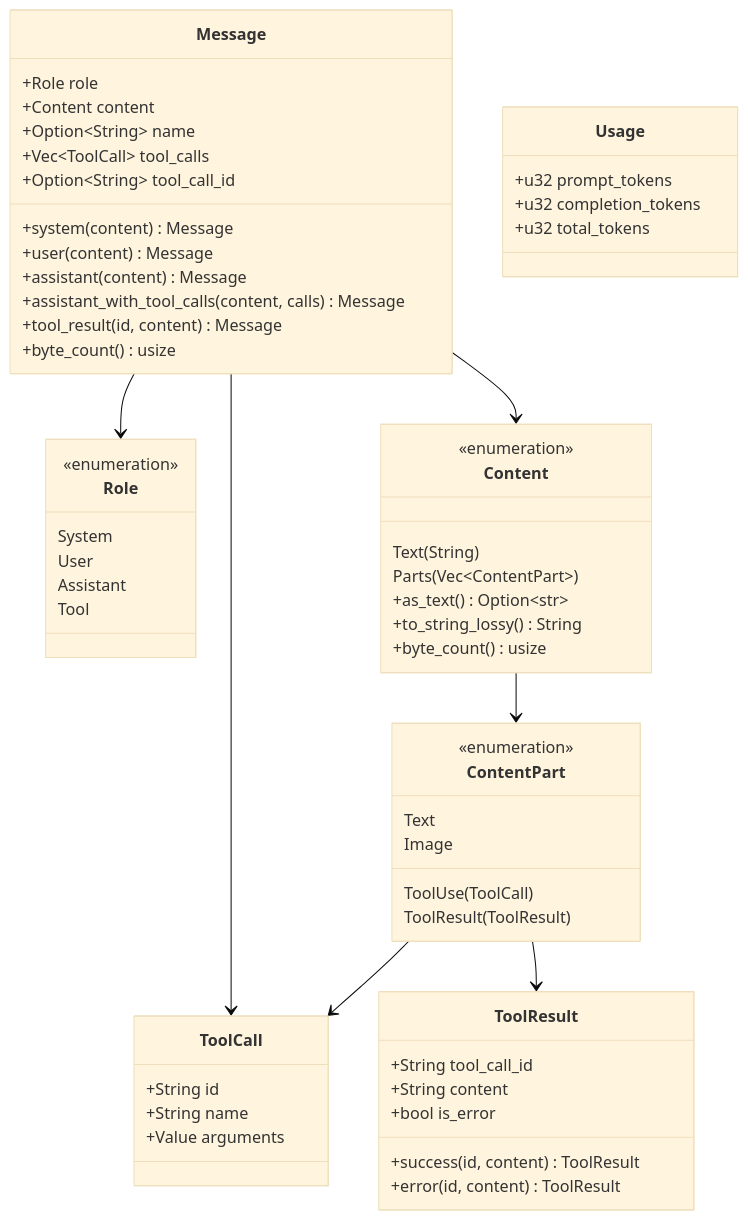
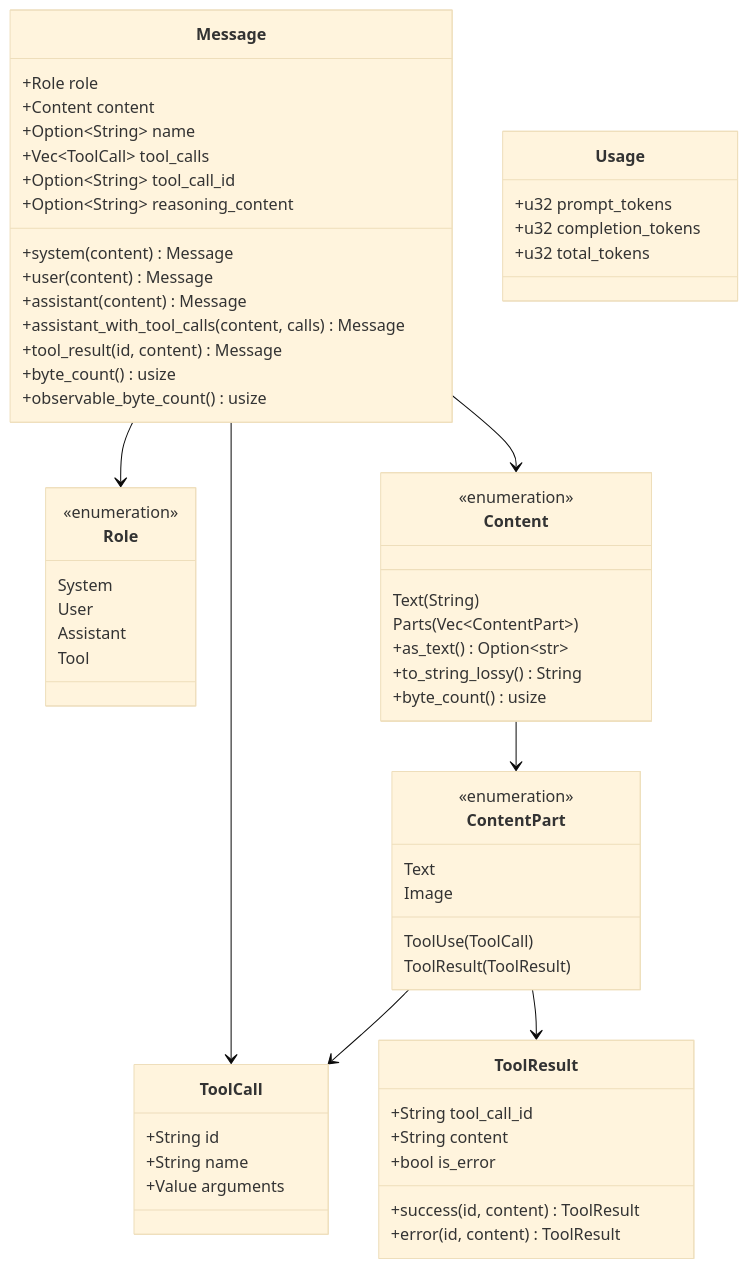
The second of 37 diagrams in docs/ARCHITECTURE.md (Refefer/quick-query-rs), drawn with Mermaid (base theme) before and after one commit. The commit also changed other lines of this file and 4 other files, not shown here.

First line of the commit message:
Exclude reasoning_content from observation thresholds via observable_byte_count()

````diff
--- a/docs/ARCHITECTURE.md
+++ b/docs/ARCHITECTURE.md
@@ -117,68 +117,70 @@
 ```mermaid
 classDiagram
     class Message {
         +Role role
         +Content content
         +Option~String~ name
         +Vec~ToolCall~ tool_calls
         +Option~String~ tool_call_id
+        +Option~String~ reasoning_content
         +system(content) Message
         +user(content) Message
         +assistant(content) Message
         +assistant_with_tool_calls(content, calls) Message
         +tool_result(id, content) Message
         +byte_count() usize
+        +observable_byte_count() usize
     }
 
     class Role {
         <<enumeration>>
         System
         User
         Assistant
         Tool
     }
 
     class Content {
         <<enumeration>>
         Text(String)
         Parts(Vec~ContentPart~)
         +as_text() Option~str~
         +to_string_lossy() String
         +byte_count() usize
     }
 
     class ContentPart {
         <<enumeration>>
         Text
         Image
         ToolUse(ToolCall)
         ToolResult(ToolResult)
     }
 
     class ToolCall {
         +String id
         +String name
         +Value arguments
     }
 
     class ToolResult {
         +String tool_call_id
         +String content
         +bool is_error
         +success(id, content) ToolResult
         +error(id, content) ToolResult
     }
 
     class Usage {
         +u32 prompt_tokens
         +u32 completion_tokens
         +u32 total_tokens
     }
 
     Message --> Role
     Message --> Content
     Message --> ToolCall
     Content --> ContentPart
     ContentPart --> ToolCall
     ContentPart --> ToolResult
 ```
````
